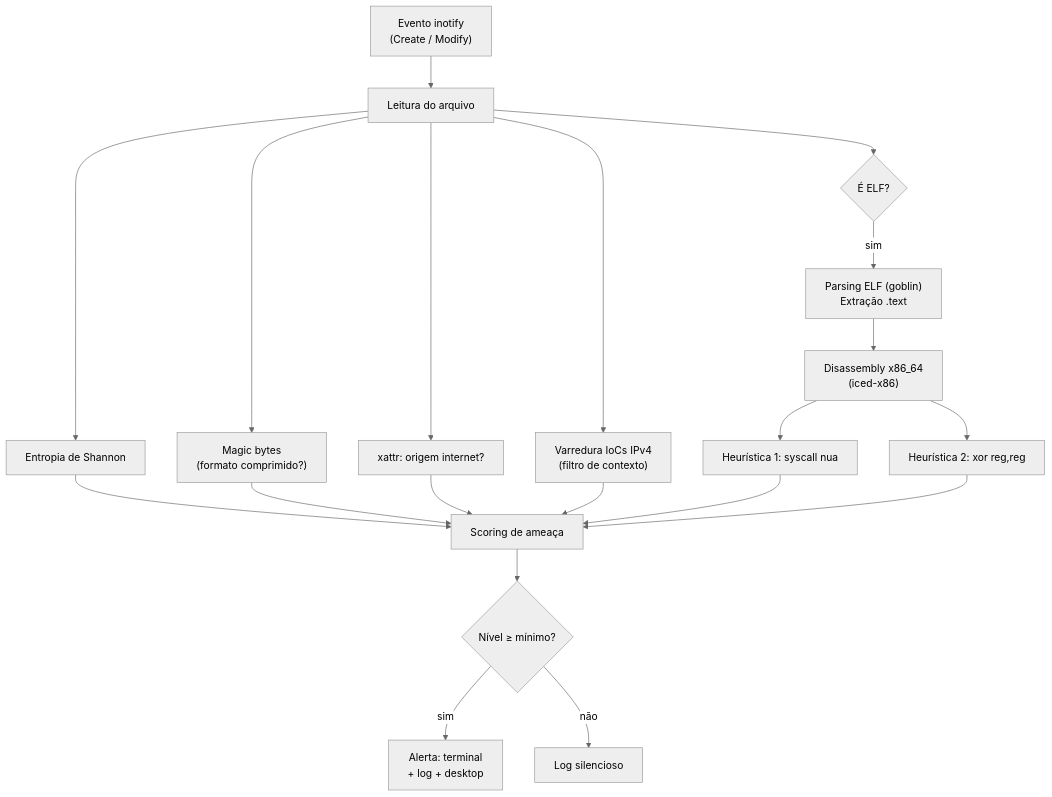
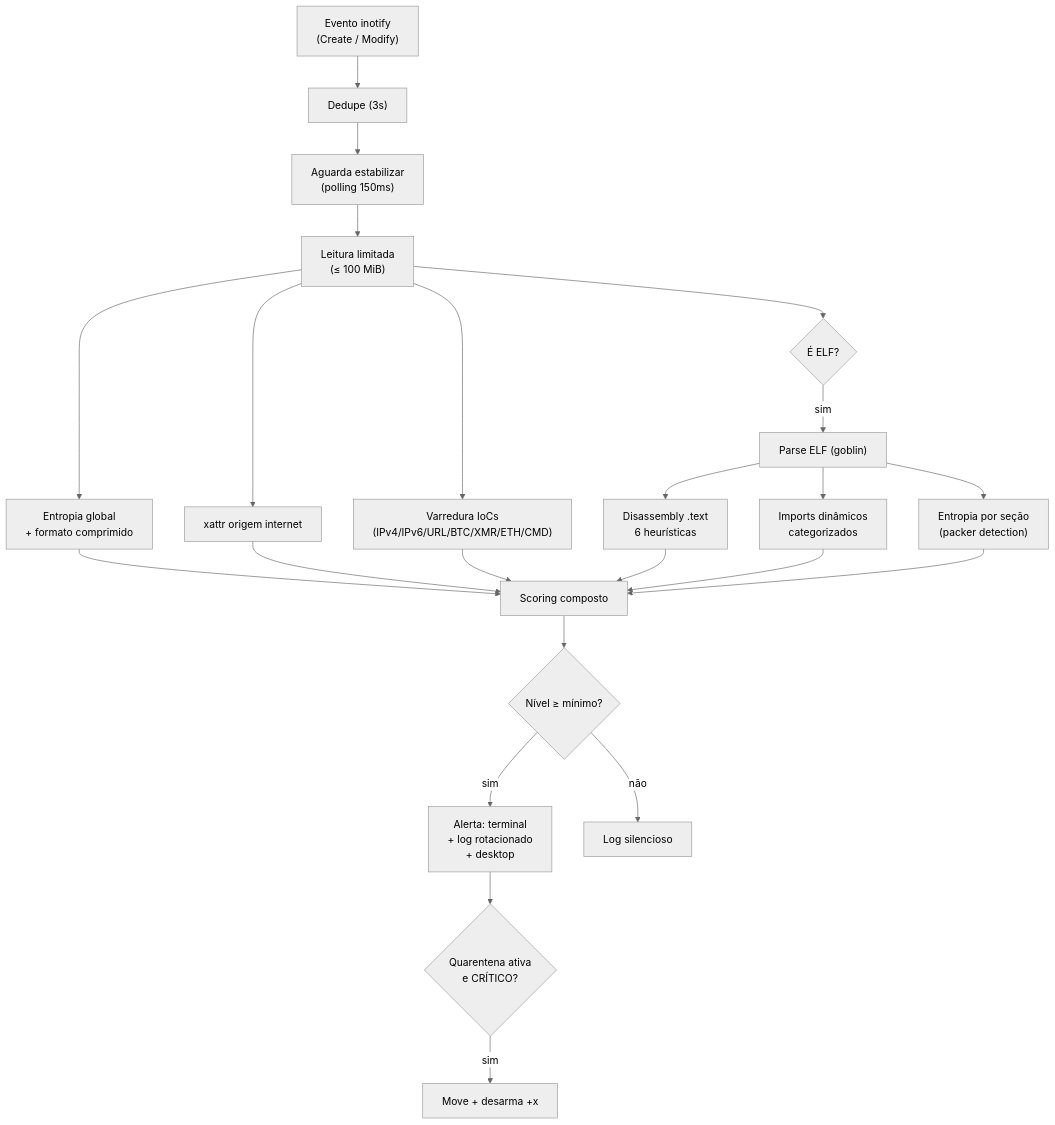
The diagram in README.md (Munique-Feitoza/Obscura), drawn with Mermaid (neutral theme) before and after one commit. The commit also changed other lines of this file and 2 other files, not shown here.

````diff
--- a/README.md
+++ b/README.md
@@ -25,17 +33,20 @@
 ```mermaid
 flowchart TD
-    A["Evento inotify\n(Create / Modify)"] --> B["Leitura do arquivo"]
-    B --> C["Entropia de Shannon"]
-    B --> D["Magic bytes\n(formato comprimido?)"]
-    B --> E["xattr: origem internet?"]
-    B --> F["Varredura IoCs IPv4\n(filtro de contexto)"]
-    B --> G{"É ELF?"}
-    G -->|sim| H["Parsing ELF (goblin)\nExtração .text"]
-    H --> I["Disassembly x86_64\n(iced-x86)"]
-    I --> J["Heurística 1: syscall nua"]
-    I --> K["Heurística 2: xor reg,reg"]
-    C & D & E & F & J & K --> L["Scoring de ameaça"]
-    L --> M{"Nível ≥ mínimo?"}
-    M -->|sim| N["Alerta: terminal\n+ log + desktop"]
-    M -->|não| O["Log silencioso"]
+    A["Evento inotify<br/>(Create / Modify)"] --> B["Dedupe (3s)"]
+    B --> C["Aguarda estabilizar<br/>(polling 150ms)"]
+    C --> D["Leitura limitada<br/>(≤ 100 MiB)"]
+    D --> E["Entropia global<br/>+ formato comprimido"]
+    D --> F["xattr origem internet"]
+    D --> G["Varredura IoCs<br/>(IPv4/IPv6/URL/BTC/XMR/ETH/CMD)"]
+    D --> H{"É ELF?"}
+    H -->|sim| I["Parse ELF (goblin)"]
+    I --> J["Disassembly .text<br/>6 heurísticas"]
+    I --> K["Imports dinâmicos<br/>categorizados"]
+    I --> L["Entropia por seção<br/>(packer detection)"]
+    E & F & G & J & K & L --> M["Scoring composto"]
+    M --> N{"Nível ≥ mínimo?"}
+    N -->|sim| O["Alerta: terminal<br/>+ log rotacionado<br/>+ desktop"]
+    O --> P{"Quarentena ativa<br/>e CRÍTICO?"}
+    P -->|sim| Q["Move + desarma +x"]
+    N -->|não| R["Log silencioso"]
 ```
````
